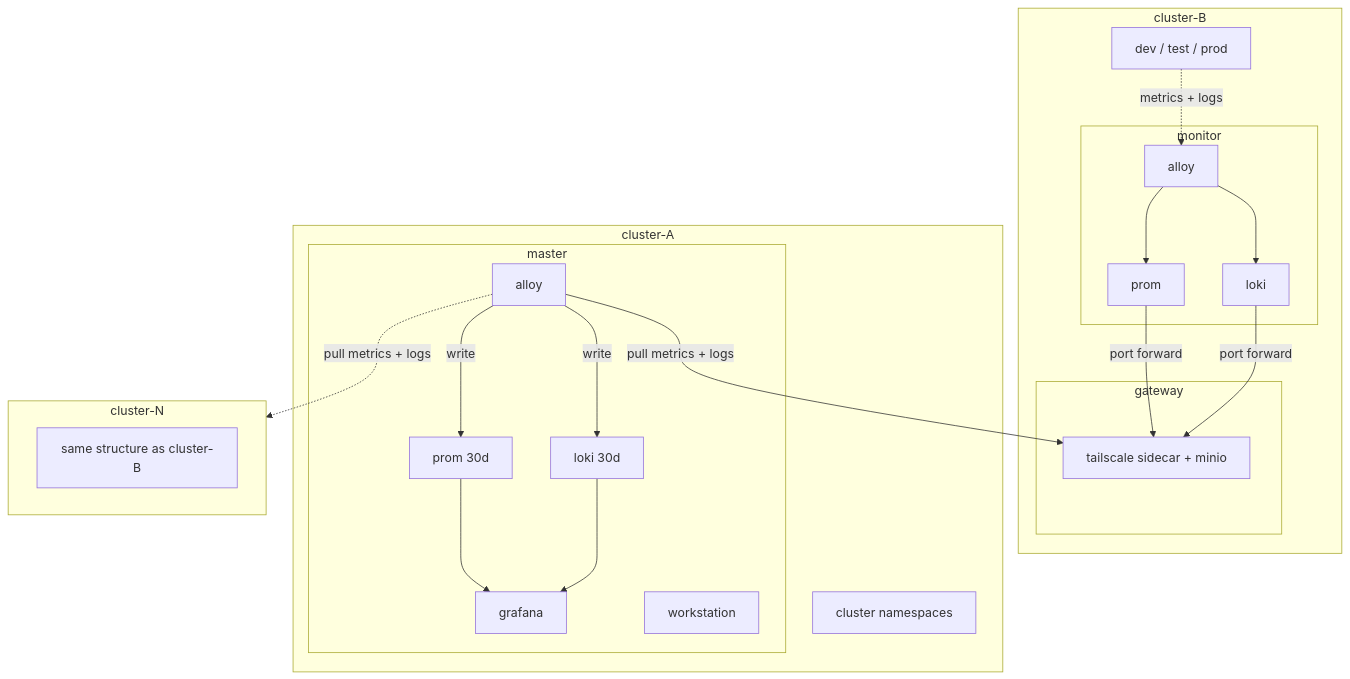
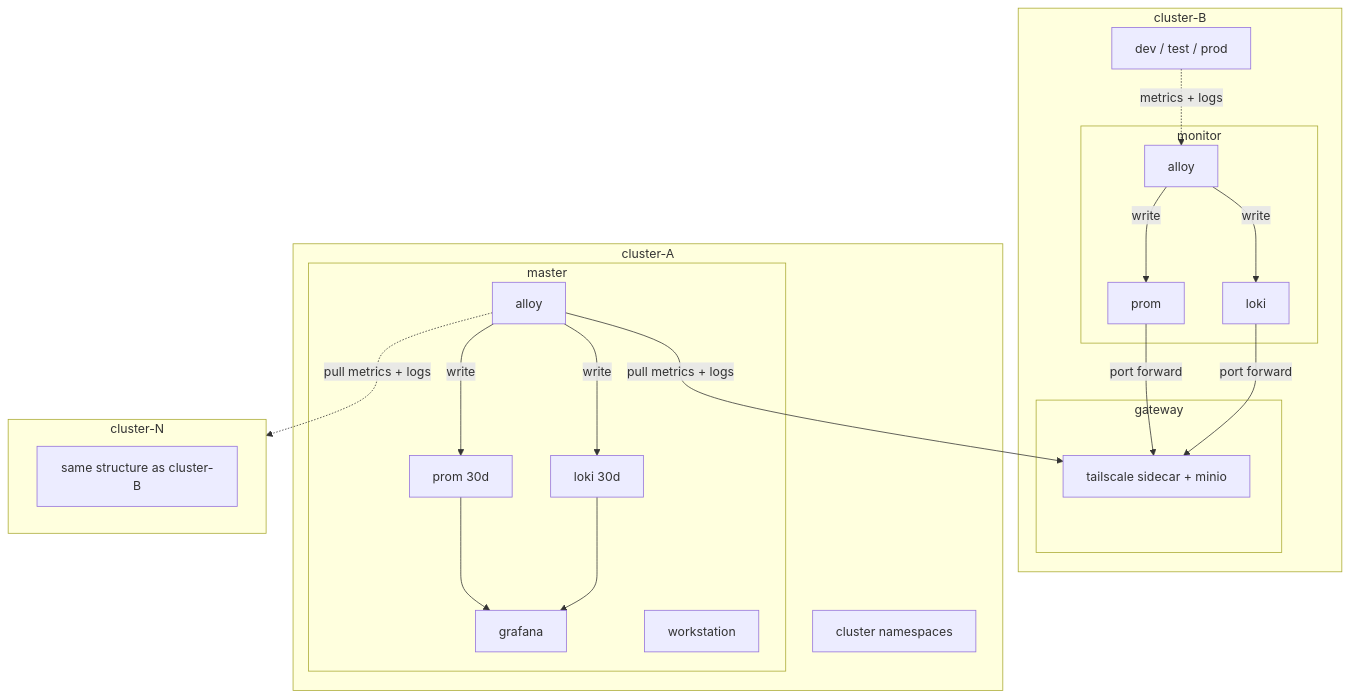
The first of 2 diagrams in docs/infra/infrastructure.md (Kord96/kordinate), drawn with Mermaid before and after one commit. The commit also changed other lines of this file, not shown here.

Commit message:
Add 'write' label to all alloy → prom/loki arrows

````diff
--- a/docs/infra/infrastructure.md
+++ b/docs/infra/infrastructure.md
@@ -22,30 +22,30 @@
 ```mermaid
 flowchart TB
     subgraph CB[cluster-B]
         subgraph gw-b[gateway]
             GWT-B[tailscale sidecar + minio]
         end
         subgraph mon-b[monitor]
-            AL-B[alloy] --> PR-B[prom] & LK-B[loki]
+            AL-B[alloy] -->|write| PR-B[prom] & LK-B[loki]
         end
         ENV-B[dev / test / prod] -.->|metrics + logs| AL-B
         PR-B & LK-B -->|port forward| GWT-B
     end
 
     subgraph CA[cluster-A]
         subgraph master[master]
             MA[alloy]
             MA -->|write| MP[prom 30d] & ML[loki 30d]
             MP & ML --> G[grafana]
             WS[workstation]
         end
         CA-OTHER[cluster namespaces]
     end
 
     subgraph CN[cluster-N]
         CN-INNER[same structure as cluster-B]
     end
 
     MA -->|pull metrics + logs| GWT-B
     MA -.->|pull metrics + logs| CN
 ```
````
